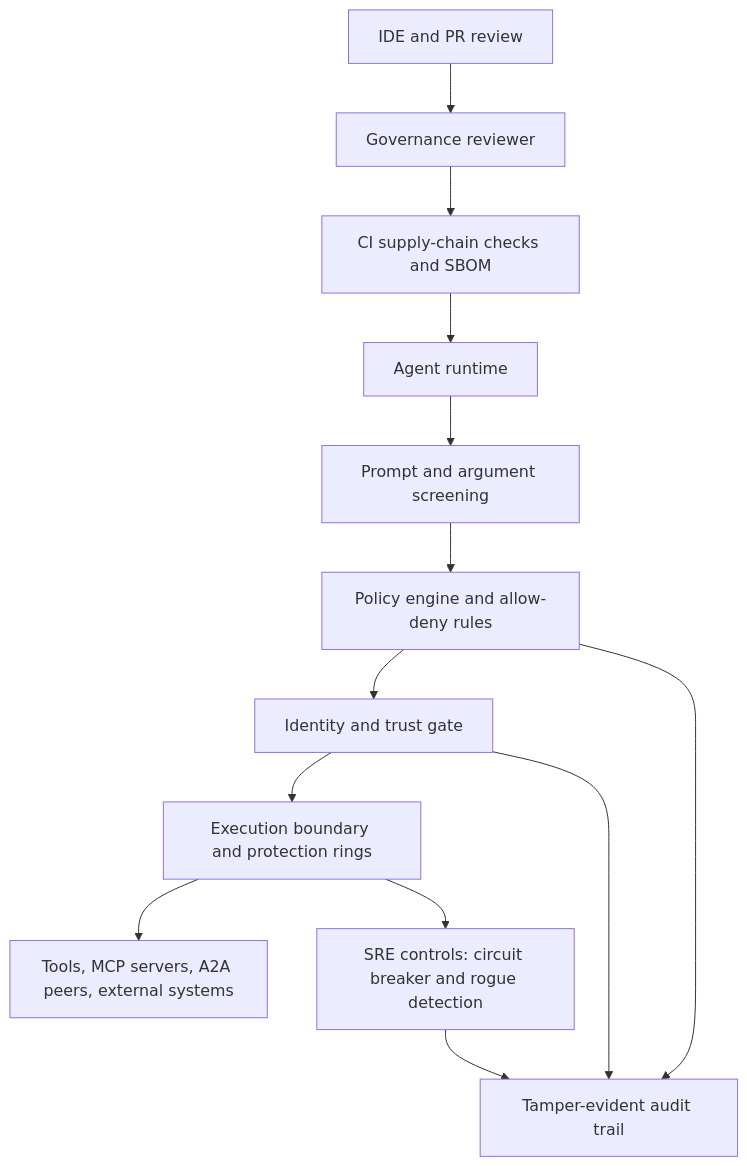
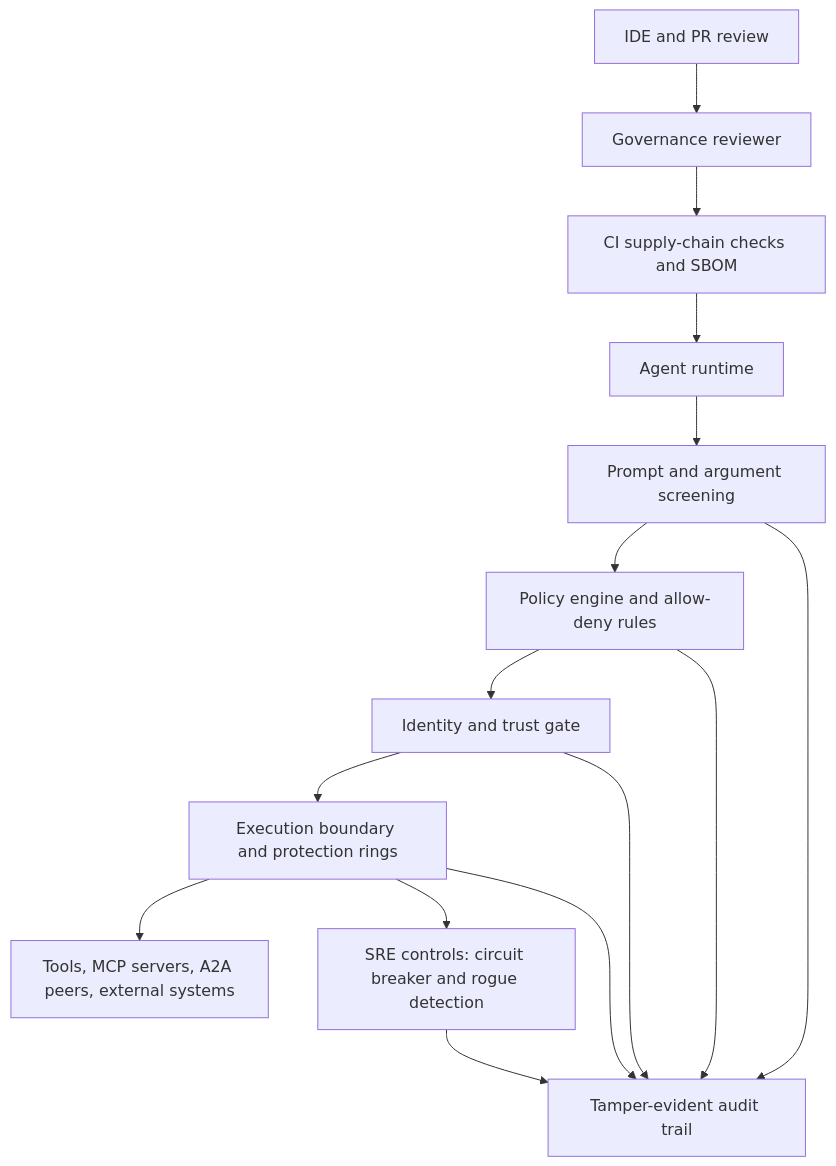
One commit to jackbatzner/agent-governance-toolkit changed the second of 2 diagrams in docs/compliance/owasp-upstream-agt-reference-implementation.md. Above: the diagram before and after it, drawn with Mermaid. The commit also changed other lines of this file, not shown here.

Commit message:
docs: fix reference links, diagram edges, and nits in OWASP upstream doc

````diff
--- a/docs/compliance/owasp-upstream-agt-reference-implementation.md
+++ b/docs/compliance/owasp-upstream-agt-reference-implementation.md
@@ -94,17 +94,19 @@
 ```mermaid
 flowchart TB
     Dev[IDE and PR review] --> Review[Governance reviewer]
     Review --> Build[CI supply-chain checks and SBOM]
     Build --> Runtime[Agent runtime]
 
     Runtime --> Ingress[Prompt and argument screening]
     Ingress --> Policy[Policy engine and allow-deny rules]
     Policy --> Trust[Identity and trust gate]
     Trust --> Kernel[Execution boundary and protection rings]
     Kernel --> Tools[Tools, MCP servers, A2A peers, external systems]
 
+    Ingress --> Audit
     Kernel --> SRE[SRE controls: circuit breaker and rogue detection]
+    Kernel --> Audit
     Policy --> Audit[Tamper-evident audit trail]
     Trust --> Audit
     SRE --> Audit
 ```
````
